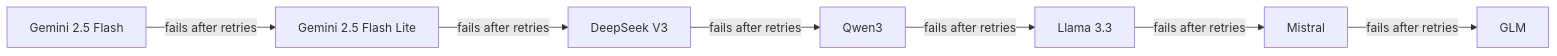
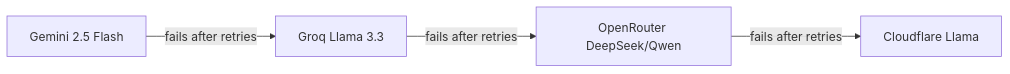
One commit to Meetvirugama/EduScribe-AI changed diagram 19 of 22 in docs/2.SECOND_HALF_V22.md. Above: the diagram before and after it, drawn with Mermaid. The commit also changed other lines of this file and 10 other files, not shown here.

````diff
--- a/docs/2.SECOND_HALF_V22.md
+++ b/docs/2.SECOND_HALF_V22.md
@@ -5825,9 +5904,6 @@
 ```mermaid
 flowchart LR
-    A[Gemini 2.5 Flash] -->|fails after retries| B[Gemini 2.5 Flash Lite]
-    B -->|fails after retries| C[DeepSeek V3]
-    C -->|fails after retries| D[Qwen3]
-    D -->|fails after retries| E[Llama 3.3]
-    E -->|fails after retries| F[Mistral]
-    F -->|fails after retries| G[GLM]
+    A[Gemini 2.5 Flash] -->|fails after retries| B[Groq Llama 3.3]
+    B -->|fails after retries| C[OpenRouter DeepSeek/Qwen]
+    C -->|fails after retries| D[Cloudflare Llama]
 ```
````
